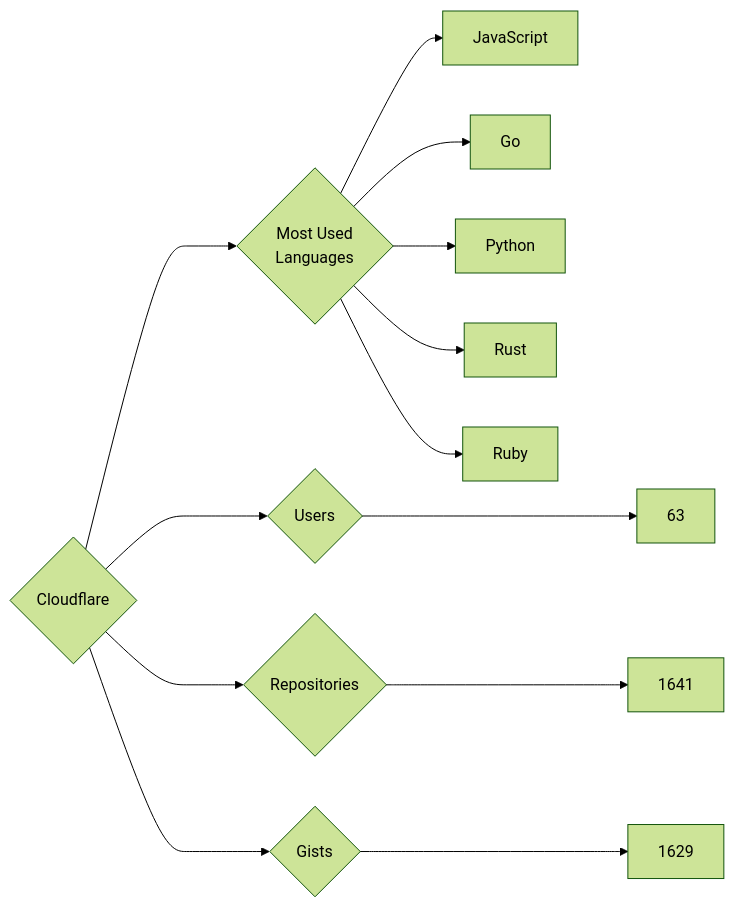
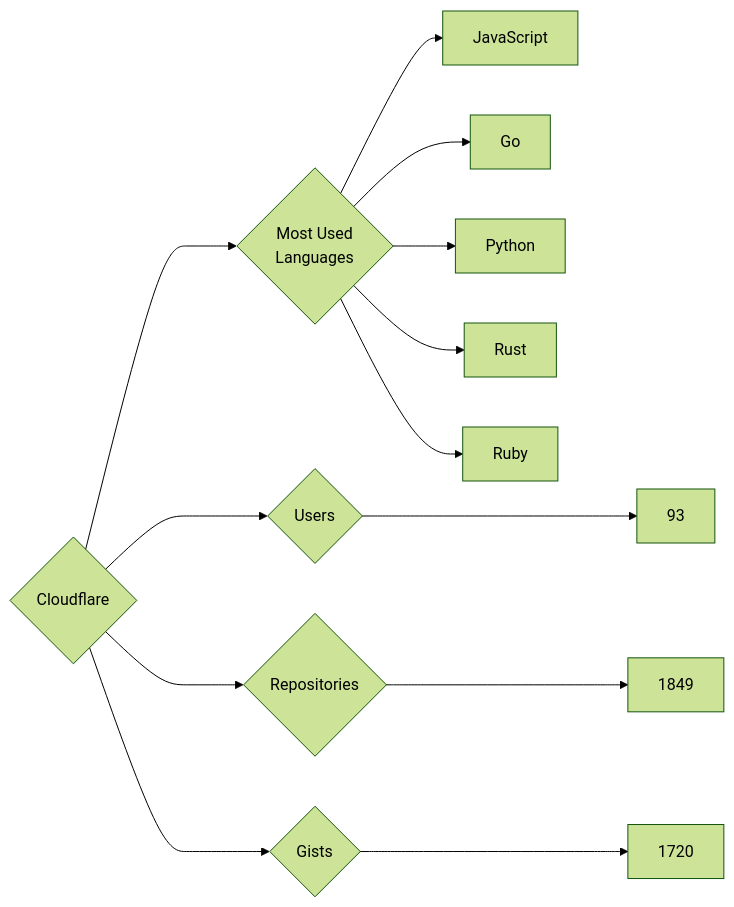
Before and after one commit to trickest/insiders: the diagram in targets/Cloudflare/README.md, drawn with Mermaid (forest theme). The commit also changed 895 other files, not shown here.

````diff
--- a/targets/Cloudflare/README.md
+++ b/targets/Cloudflare/README.md
@@ -3,13 +3,13 @@
 ```mermaid
 graph LR
 COMPANY_NAME{Cloudflare}
-COMPANY_NAME ---> U{Users} ---> UN[63]
-COMPANY_NAME ---> R{Repositories} ---> RN[1641]
-COMPANY_NAME ---> G{Gists} ---> GN[1629]
+COMPANY_NAME ---> U{Users} ---> UN[93]
+COMPANY_NAME ---> R{Repositories} ---> RN[1849]
+COMPANY_NAME ---> G{Gists} ---> GN[1720]
 COMPANY_NAME ---> ML{Most Used<br>Languages}
 ML --> JavaScript[JavaScript]
 ML --> Go[Go]
 ML --> Python[Python]
 ML --> Rust[Rust]
 ML --> Ruby[Ruby]
 ```
````
